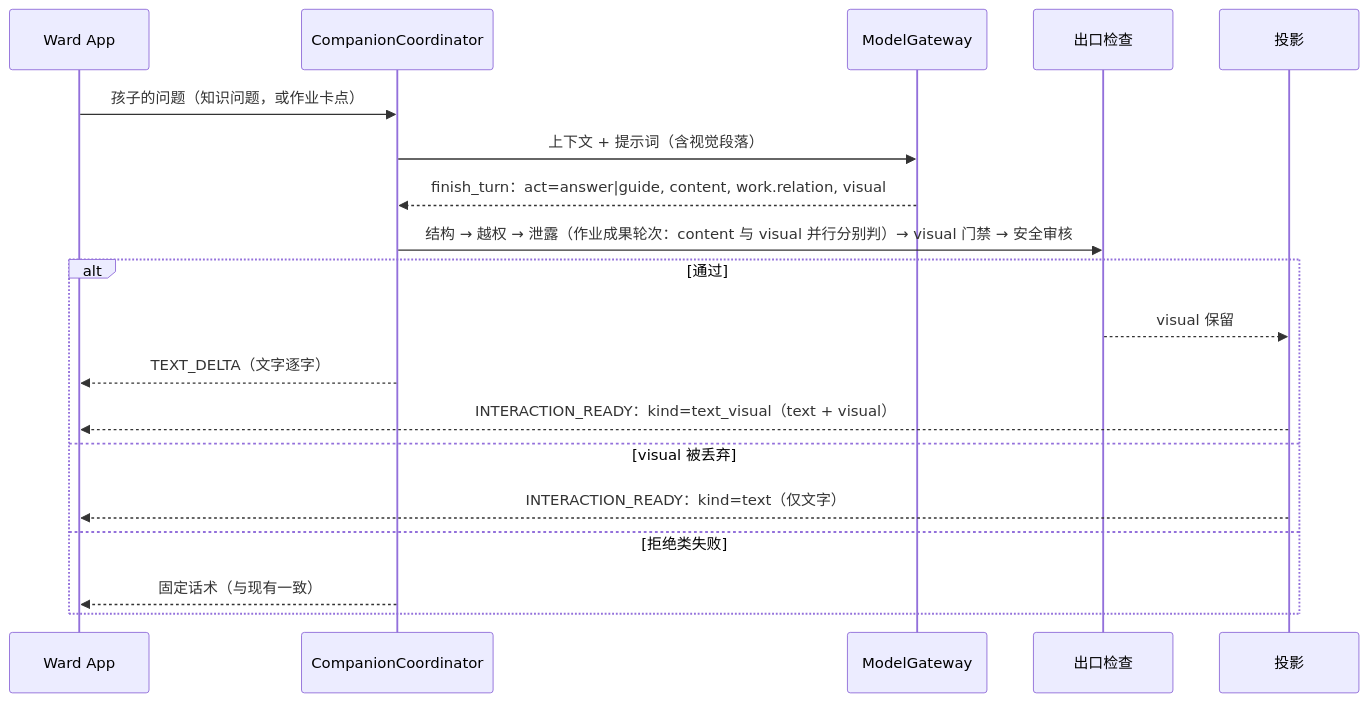
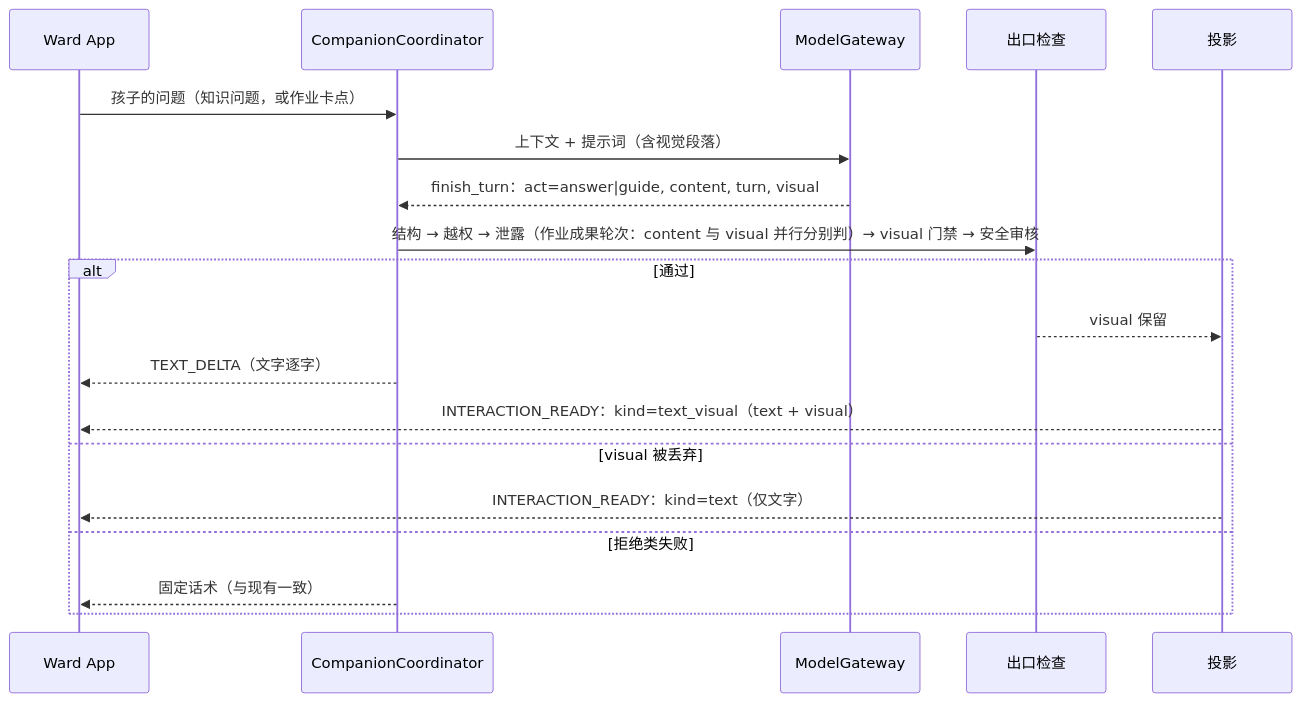
The second of 2 diagrams in docs/technical/domain-tutoring-presentation.md (johanchow/duxue), drawn with Mermaid before and after one commit. The commit also changed other lines of this file and 25 other files, not shown here.

````diff
--- a/docs/technical/domain-tutoring-presentation.md
+++ b/docs/technical/domain-tutoring-presentation.md
@@ -263,22 +263,22 @@
 ```mermaid
 sequenceDiagram
     participant W as Ward App
     participant C as CompanionCoordinator
     participant G as ModelGateway
     participant X as 出口检查
     participant P as 投影
 
     W->>C: 孩子的问题（知识问题，或作业卡点）
     C->>G: 上下文 + 提示词（含视觉段落）
-    G-->>C: finish_turn：act=answer|guide, content, work.relation, visual
+    G-->>C: finish_turn：act=answer|guide, content, turn, visual
     C->>X: 结构 → 越权 → 泄露（作业成果轮次：content 与 visual 并行分别判）→ visual 门禁 → 安全审核
     alt 通过
         X-->>P: visual 保留
         C-->>W: TEXT_DELTA（文字逐字）
         P-->>W: INTERACTION_READY：kind=text_visual（text + visual）
     else visual 被丢弃
         P-->>W: INTERACTION_READY：kind=text（仅文字）
     else 拒绝类失败
         C-->>W: 固定话术（与现有一致）
     end
 ```
````
